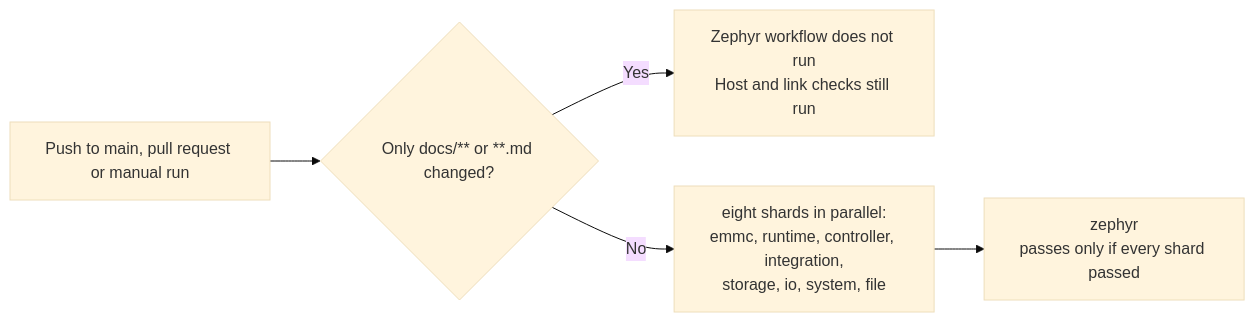
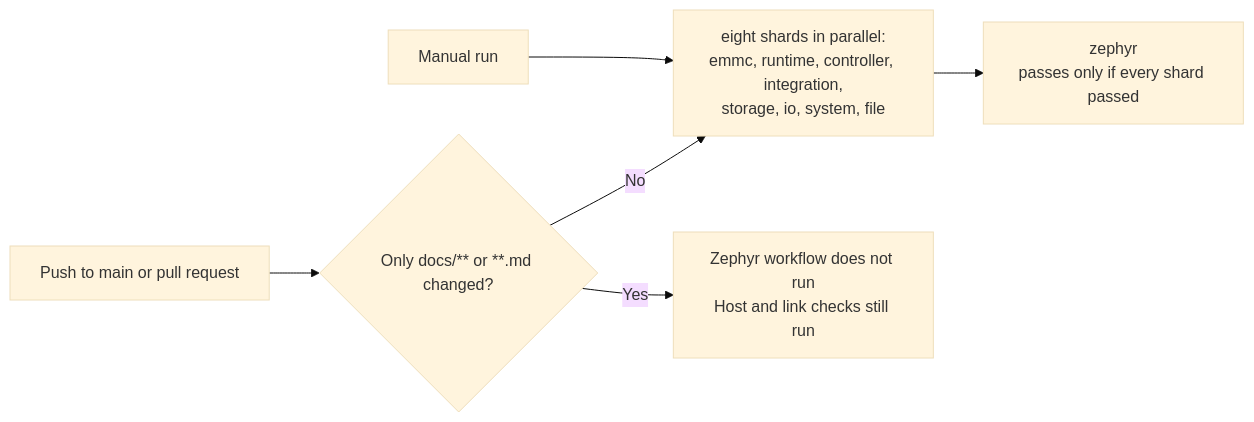
One commit to wonny-labs/crux changed the diagram in docs/ci-zephyr-shards.md. Above: the diagram before and after it, drawn with Mermaid (base theme). The commit also changed 1 other file, not shown here.

Commit message:
docs: record the measured fast tier after the job split

````diff
--- a/docs/ci-zephyr-shards.md
+++ b/docs/ci-zephyr-shards.md
@@ -7,7 +7,8 @@
 ```mermaid
 flowchart LR
-    event["Push to main, pull request or manual run"] --> filter{"Only docs/** or **.md changed?"}
+    event["Push to main or pull request"] --> filter{"Only docs/** or **.md changed?"}
+    manual["Manual run"] --> shards
     filter -- "Yes" --> skip["Zephyr workflow does not run<br/>Host and link checks still run"]
     filter -- "No" --> shards["eight shards in parallel:<br/>emmc, runtime, controller, integration,<br/>storage, io, system, file"]
     shards --> summary["zephyr<br/>passes only if every shard passed"]
 ```
````
